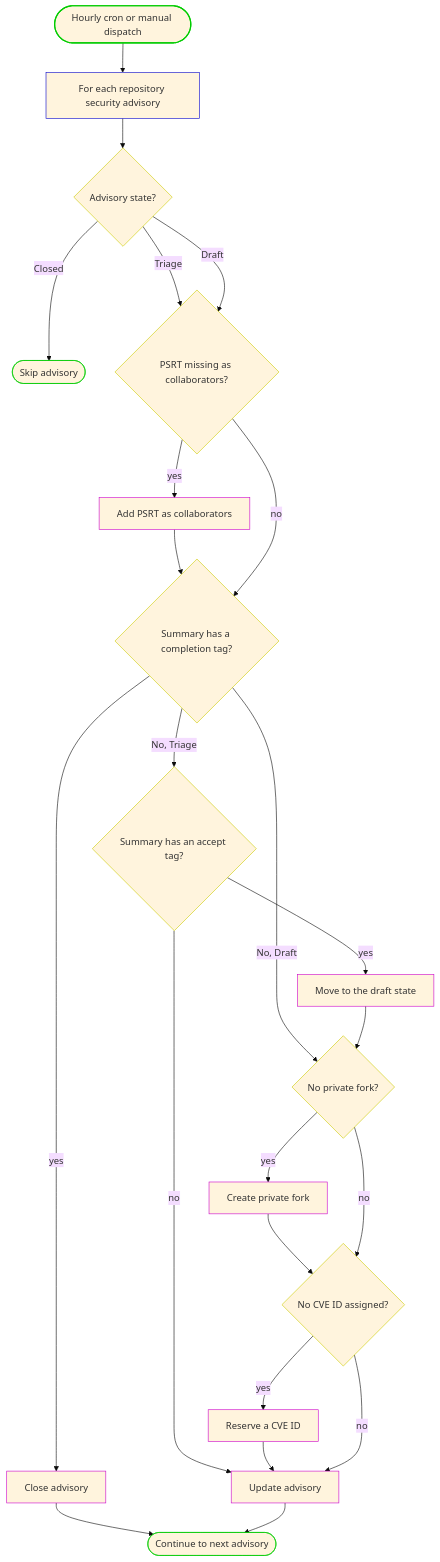
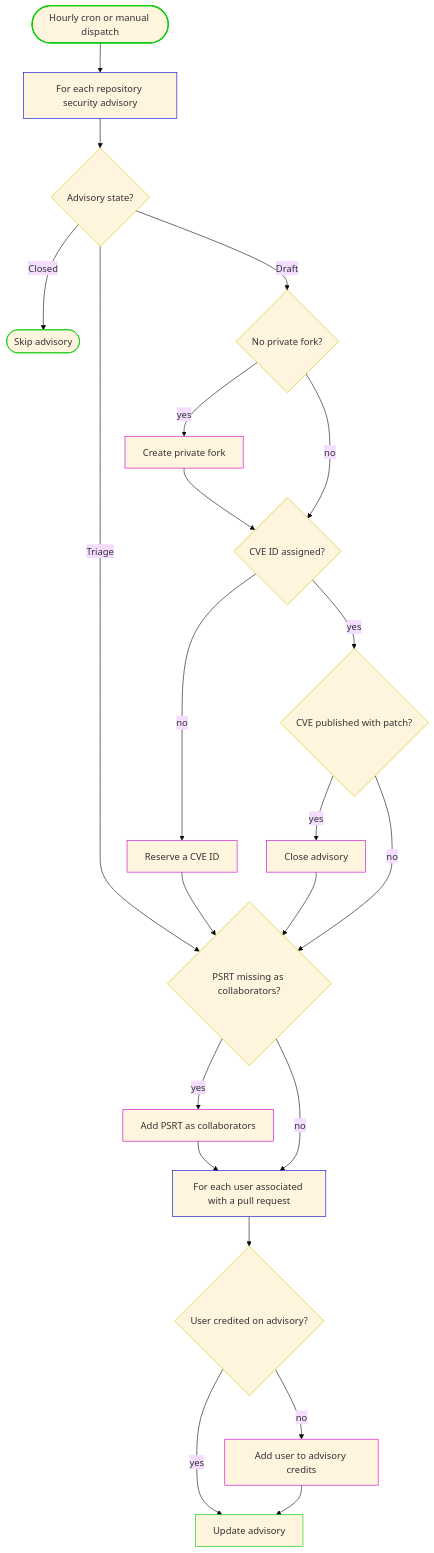
Before and after one commit to python/psrt-ghsa-bot: the diagram in README.md, drawn with Mermaid (base theme). The commit also changed other lines of this file and 2 other files, not shown here.

Commit message:
gh-71: Remove support for title tags (#73)

````diff
--- a/README.md
+++ b/README.md
@@ -16,37 +19,38 @@
 ```mermaid
 flowchart TD
     Start([Hourly cron or manual dispatch]):::entry --> Advs[For each repository security advisory]:::loop
     Advs --> S{"Advisory state?"}:::decision
 
     S -- Closed --> Skip([Skip advisory]):::terminal
     S -- Triage --> Collab
-    S -- Draft --> Collab
+    S -- Draft --> Fork
+
+    Fork{"No private fork?"}:::decision
+    Fork -- yes --> MkFork[Create private fork]:::write --> CveId
+    Fork -- no --> CveId
+
+    CveId{"CVE ID assigned?"}:::decision
+    CveId -- yes --> CveDone
+    CveId -- no --> Reserve[Reserve a CVE ID]:::write --> Collab
+
+    CveDone{"CVE published with patch?"}:::decision
+    CveDone -- yes --> Close[Close advisory]:::write --> Collab
+    CveDone -- no --> Collab
 
     Collab{"PSRT missing as collaborators?"}:::decision
-    Collab -- yes --> AddCollab[Add PSRT as collaborators]:::write --> Tag
-    Collab -- no --> Tag
+    Collab -- yes --> AddCollab[Add PSRT as collaborators]:::write --> Credits
+    Collab -- no --> Credits
 
-    Tag{"Summary has a completion tag?"}:::decision
-    Tag -- yes --> Close[Close advisory]:::write --> Done([Continue to next advisory]):::terminal
-    Tag -- "No, Triage" --> Accept{"Summary has an accept tag?"}:::decision
-    Tag -- "No, Draft" --> Fork
+    Credits[For each user associated with a pull request]:::loop --> CheckCredit
+    CheckCredit{"User credited on advisory?"}:::decision
+    CheckCredit -- yes --> Update
+    CheckCredit -- no --> AddCredit[Add user to advisory credits]:::write --> Update
 
-    Accept -- yes --> ToDraft[Move to the draft state]:::write --> Fork
-    Accept -- no --> Update
-
-    Fork{"No private fork?"}:::decision
-    Fork -- yes --> MkFork[Create private fork]:::write --> Cve
-    Fork -- no --> Cve
-
-    Cve{"No CVE ID assigned?"}:::decision
-    Cve -- yes --> Reserve[Reserve a CVE ID]:::write --> Update
-    Cve -- no --> Update
-
-    Update[Update advisory]:::write --> Done
+    Update[Update advisory]:::terminal
 
 classDef entry stroke:#0C0,stroke-width:2px;
 classDef loop stroke:#00C;
 classDef decision stroke:#CC0;
 classDef write stroke:#C0C;
 classDef terminal stroke:#0C0;
 ```
````
